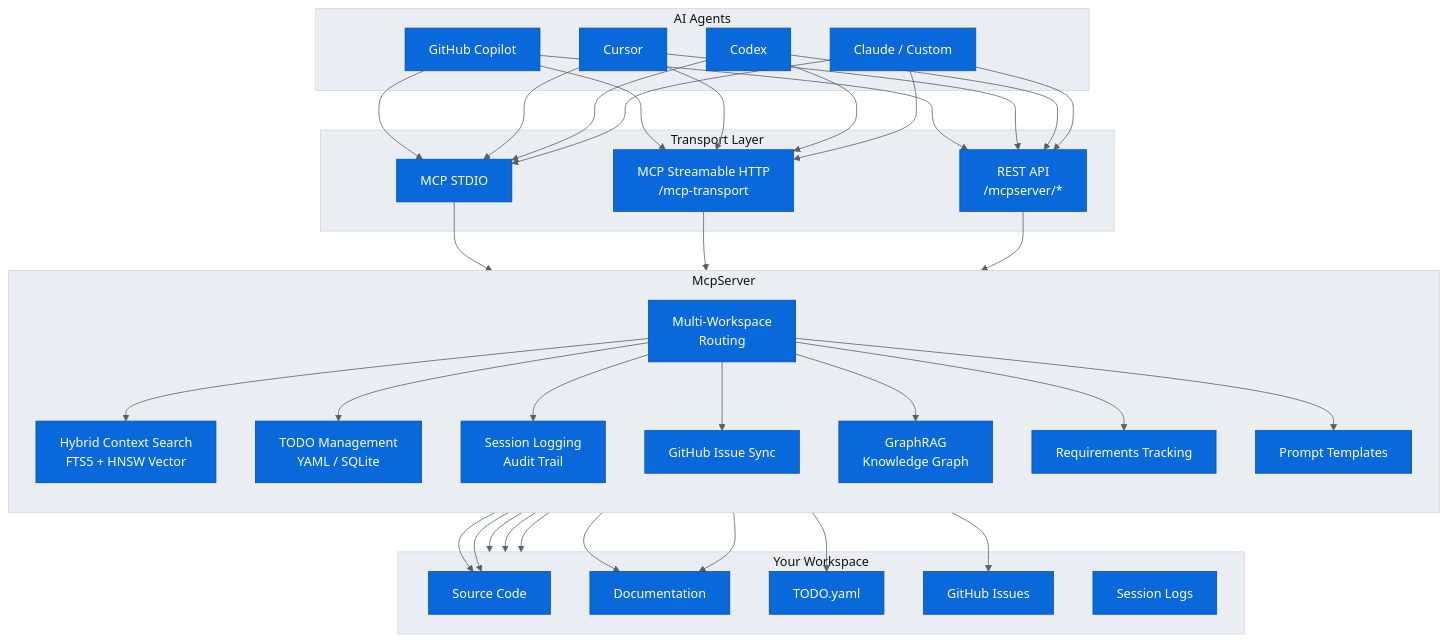
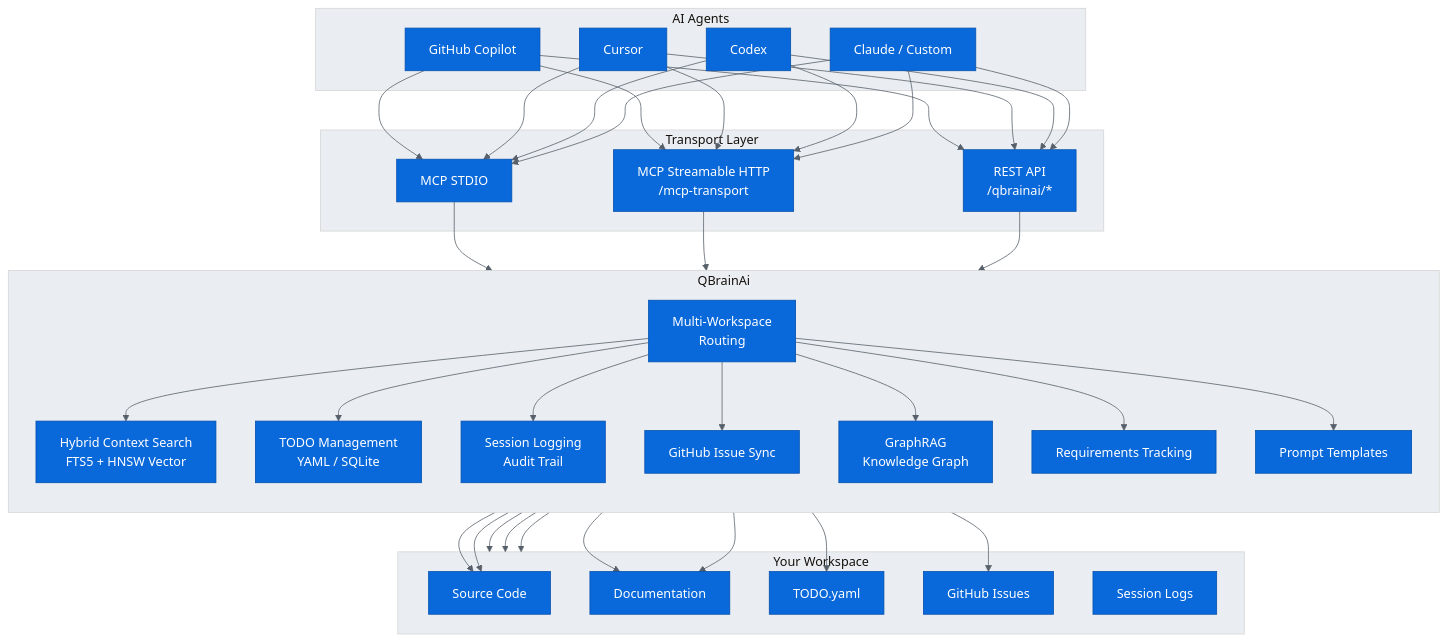
One commit to sharpninja/McpServer changed the diagram in docs/Marketing/diagrams/architecture.mmd. Above: the diagram before and after it, drawn with Mermaid. The commit also changed 4965 other files, not shown here.

```diff
--- a/docs/Marketing/diagrams/architecture.mmd
+++ b/docs/Marketing/diagrams/architecture.mmd
@@ -1,50 +1,50 @@
 ---
 config:
   theme: base
   themeVariables:
     primaryColor: "#0969da"
     primaryTextColor: "#ffffff"
     primaryBorderColor: "#0550ae"
     lineColor: "#57606a"
     secondaryColor: "#f6f8fa"
     tertiaryColor: "#eaeef2"
     background: "#ffffff"
     fontSize: "16px"
 ---
 graph TB
     subgraph AGENTS["AI Agents"]
         A1["GitHub Copilot"]
         A2["Cursor"]
         A3["Codex"]
         A4["Claude / Custom"]
     end
     subgraph TRANSPORTS["Transport Layer"]
         T1["MCP STDIO"]
         T2["MCP Streamable HTTP\n/mcp-transport"]
-        T3["REST API\n/mcpserver/*"]
+        T3["REST API\n/qbrainai/*"]
     end
-    subgraph MCPSERVER["McpServer"]
+    subgraph MCPSERVER["QBrainAi"]
         direction TB
         C1["Hybrid Context Search\nFTS5 + HNSW Vector"]
         C2["TODO Management\nYAML / SQLite"]
         C3["Session Logging\nAudit Trail"]
         C4["GitHub Issue Sync"]
         C5["GraphRAG\nKnowledge Graph"]
         C6["Requirements Tracking"]
         C7["Prompt Templates"]
         C8["Multi-Workspace\nRouting"]
     end
     subgraph WORKSPACE["Your Workspace"]
         W1["Source Code"]
         W2["Documentation"]
         W3["TODO.yaml"]
         W4["GitHub Issues"]
         W5["Session Logs"]
     end
     A1 & A2 & A3 & A4 --> T1 & T2 & T3
     T1 & T2 & T3 --> C8
     C8 --> C1 & C2 & C3 & C4 & C5 & C6 & C7
     C1 & C2 & C3 --> WORKSPACE
     C4 --> W4
     C5 & C6 --> W1 & W2
     C7 --> W3
```
